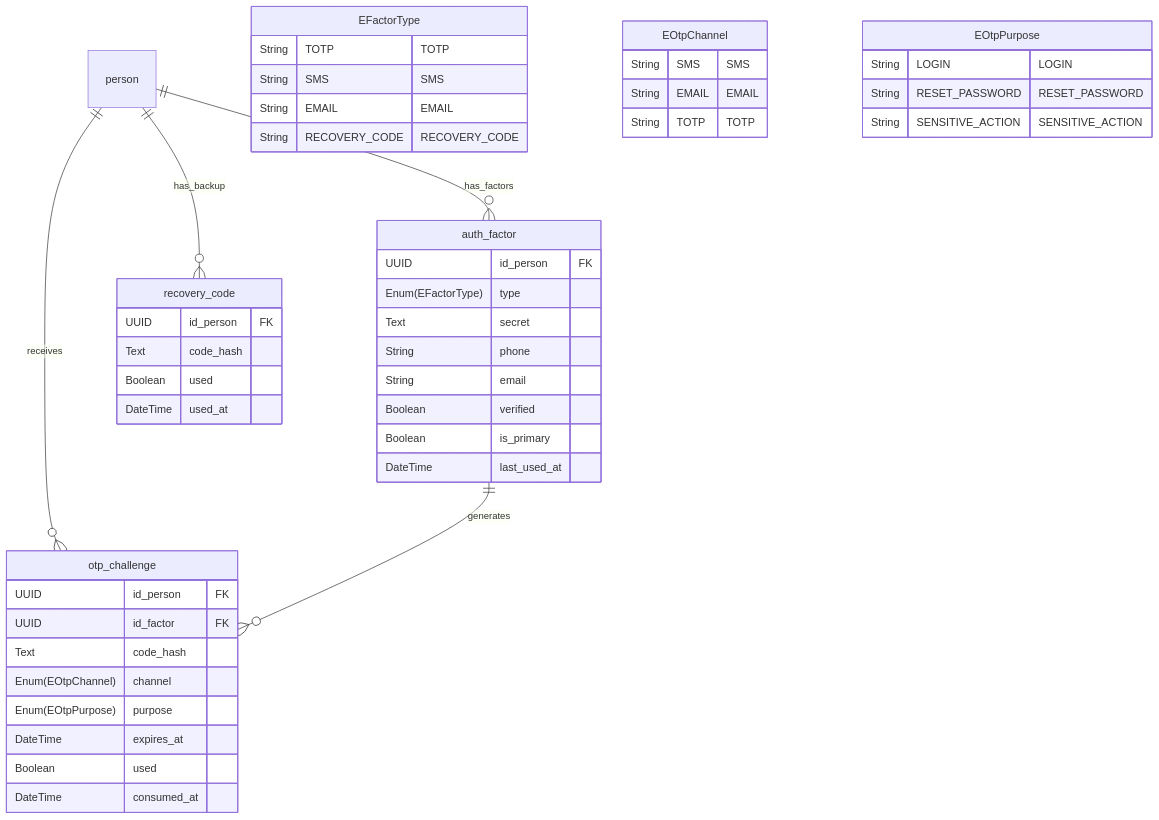
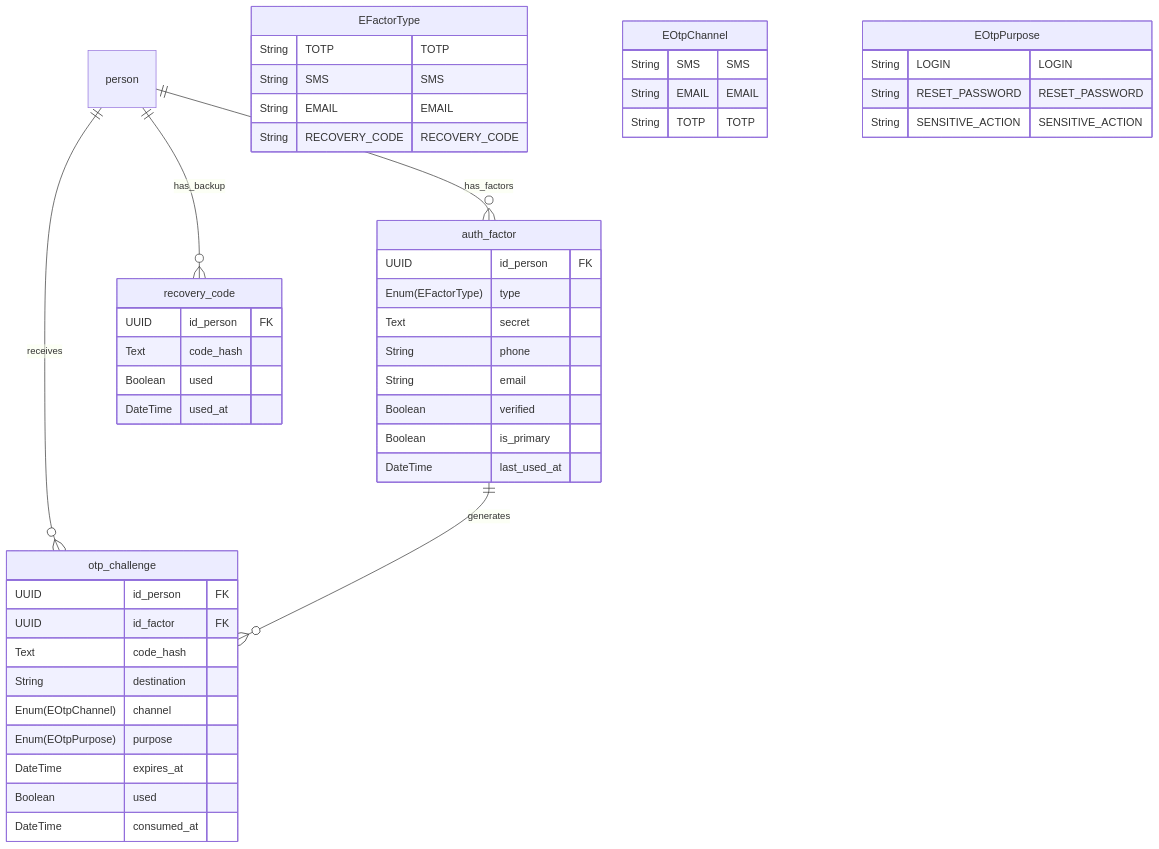
One commit to m4ck-y/dh_docs changed the diagram in db/postgres/mfa/erd.mmd. Above: the diagram before and after it, drawn with Mermaid. The commit also changed 25 other files, not shown here.

```diff
--- a/db/postgres/mfa/erd.mmd
+++ b/db/postgres/mfa/erd.mmd
@@ -1,74 +1,75 @@
 erDiagram
     %% MFA SCHEMA
     %% Autenticacion multifactor
     %% Todas las entidades heredan de BaseModel (id, created_at, updated_at, deleted_at)
     %% Solo se muestran columnas especificas de cada entidad
 
     %% REFERENCIAS EXTERNAS
     %% person: definida en schema people
 
     %% RELACIONES
     person ||--o{ auth_factor : "has_factors"
     person ||--o{ otp_challenge : "receives"
     person ||--o{ recovery_code : "has_backup"
     auth_factor ||--o{ otp_challenge : "generates"
 
     %% ENUMS
     EFactorType {
         String TOTP "TOTP"
         String SMS "SMS"
         String EMAIL "EMAIL"
         String RECOVERY_CODE "RECOVERY_CODE"
     }
 
     EOtpChannel {
         String SMS "SMS"
         String EMAIL "EMAIL"
         String TOTP "TOTP"
     }
 
     EOtpPurpose {
         String LOGIN "LOGIN"
         String RESET_PASSWORD "RESET_PASSWORD"
         String SENSITIVE_ACTION "SENSITIVE_ACTION"
     }
 
     %% ENTIDADES
     %% auth_factor: metodo MFA habilitado por persona
     %% secret: seed TOTP o valor encriptado (SIEMPRE encriptado, nunca texto plano)
     %% is_primary: factor principal (recomendado: TOTP, fallback: SMS o EMAIL)
     auth_factor {
         UUID id_person FK
         Enum(EFactorType) type
         Text secret
         String phone
         String email
         Boolean verified
         Boolean is_primary
         DateTime last_used_at
     }
 
     %% otp_challenge: desafio OTP temporal (expira en 1-5 minutos)
     %% code_hash: hash del codigo OTP (nunca raw code)
     %% single-use: se invalida al consumirse
     otp_challenge {
         UUID id_person FK
         UUID id_factor FK
         Text code_hash
+        String destination
         Enum(EOtpChannel) channel
         Enum(EOtpPurpose) purpose
         DateTime expires_at
         Boolean used
         DateTime consumed_at
     }
 
     %% recovery_code: codigos de respaldo de emergencia
     %% Se generan una sola vez, se muestran al usuario una vez
     %% code_hash: hash del codigo (nunca texto plano)
     %% single-use: se invalida al consumirse
     recovery_code {
         UUID id_person FK
         Text code_hash
         Boolean used
         DateTime used_at
     }
```
